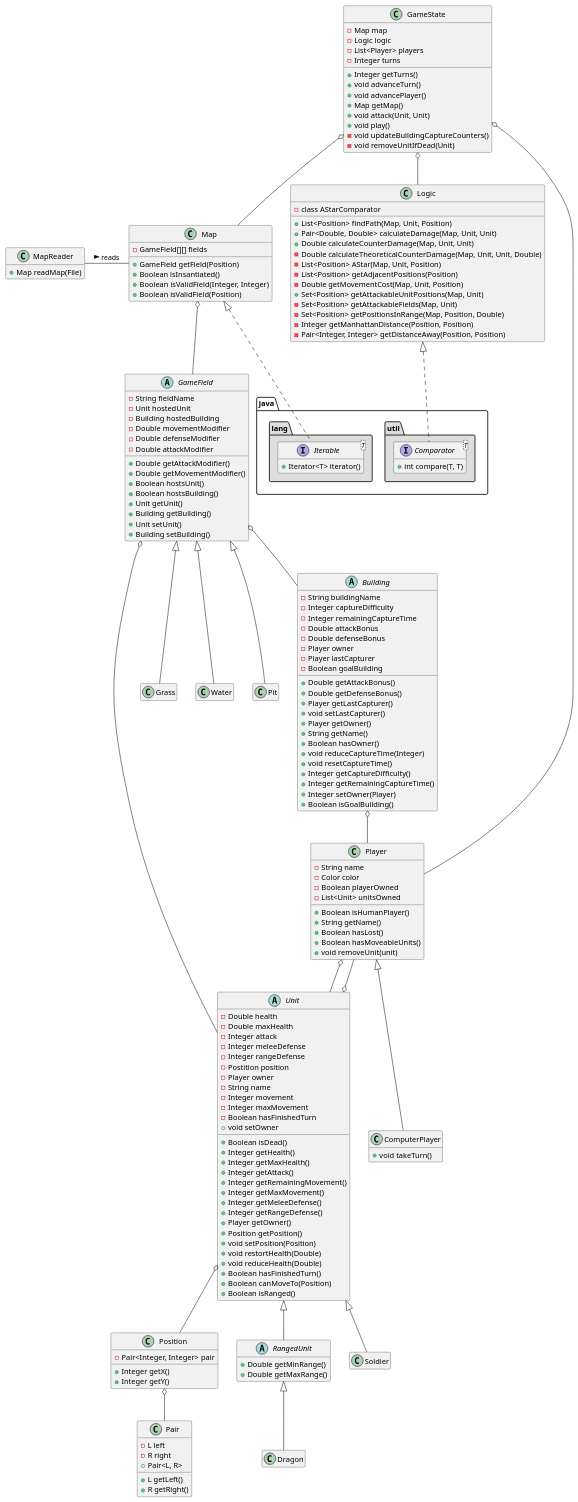
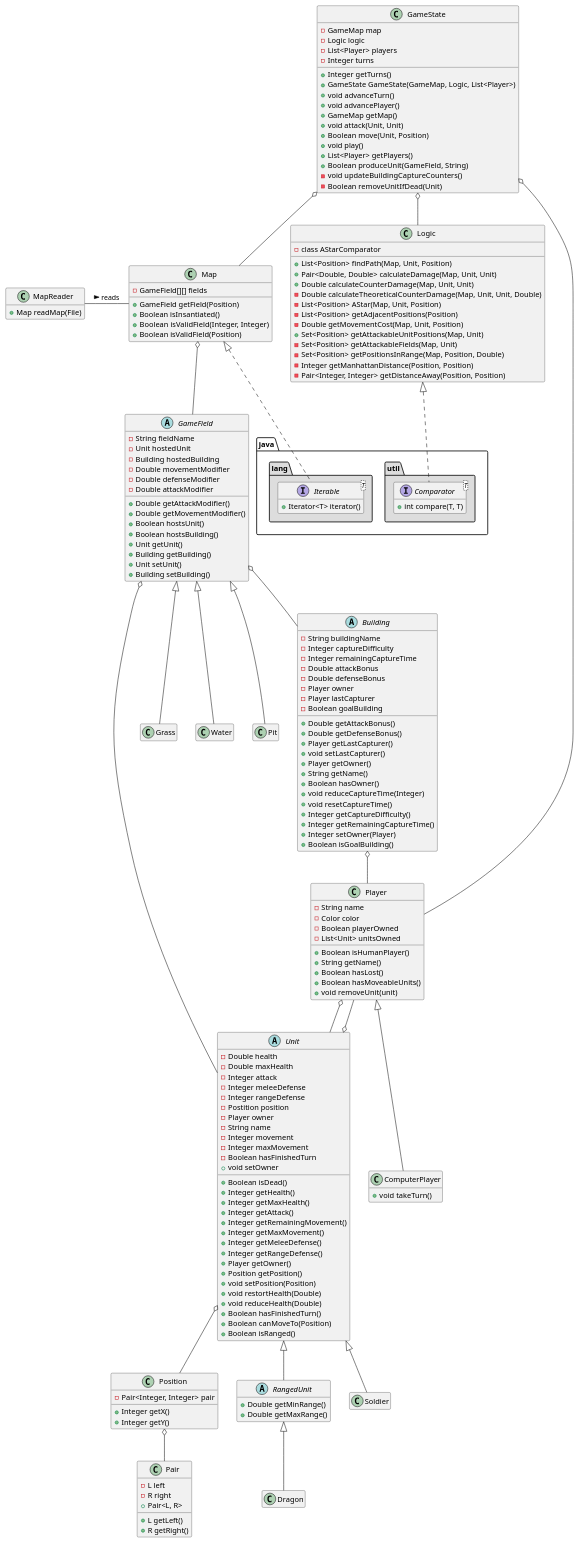
One commit to Fuuzetsu/dragon-wars changed the diagram in doc/uml.plantuml. Above: the diagram before and after it, drawn with PlantUML.

Commit message:
GameState update

```diff
--- a/doc/uml.plantuml
+++ b/doc/uml.plantuml
@@ -23,18 +23,22 @@
 
 
 class GameState {
-      -Map map
+      -GameMap map
       -Logic logic
       -List<Player> players
       -Integer turns
       +Integer getTurns()
+      +GameState GameState(GameMap, Logic, List<Player>)
       +void advanceTurn()
       +void advancePlayer()
-      +Map getMap()
+      +GameMap getMap()
       +void attack(Unit, Unit)
+      +Boolean move(Unit, Position)
       +void play()
+      +List<Player> getPlayers()
+      +Boolean produceUnit(GameField, String)
       -void updateBuildingCaptureCounters()
-      -void removeUnitIfDead(Unit)
+      -Boolean removeUnitIfDead(Unit)
       
 }
 
```
